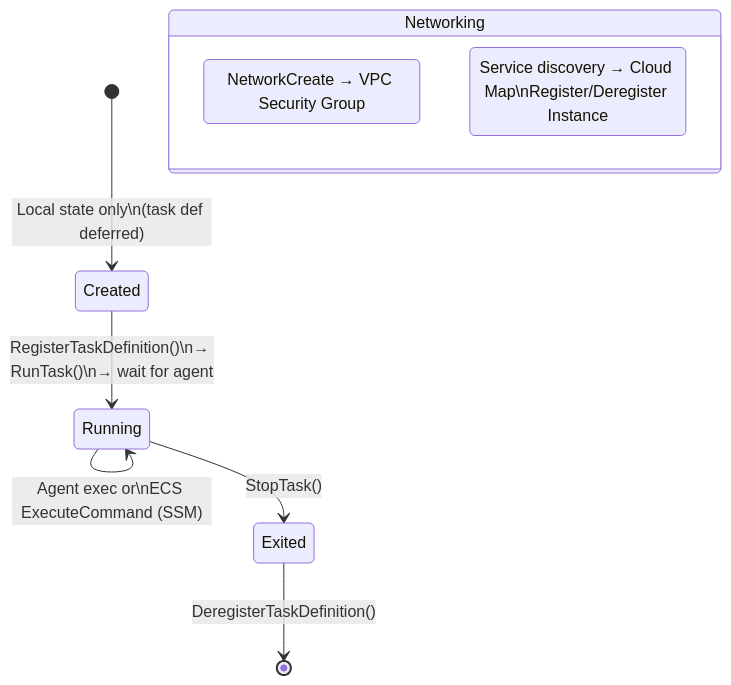
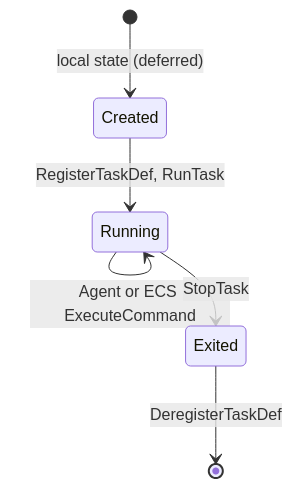
Before and after one commit to e6qu/sockerless: the sixth of 19 diagrams in ARCHITECTURE.md, drawn with Mermaid. The commit also changed other lines of this file, not shown here.

First line of the commit message:
Fix malformed mermaid state diagrams in ARCHITECTURE.md

````diff
--- a/ARCHITECTURE.md
+++ b/ARCHITECTURE.md
@@ -161,13 +161,8 @@
 ```mermaid
 stateDiagram-v2
-    [*] --> Created: Local state only\n(task def deferred)
-    Created --> Running: RegisterTaskDefinition()\n→ RunTask()\n→ wait for agent
-    Running --> Running: Agent exec or\nECS ExecuteCommand (SSM)
-    Running --> Exited: StopTask()
-    Exited --> [*]: DeregisterTaskDefinition()
-
-    state "Networking" as net {
-        CreateSecurityGroup: NetworkCreate → VPC Security Group
-        CloudMap: Service discovery → Cloud Map\nRegister/Deregister Instance
-    }
+    [*] --> Created: local state (deferred)
+    Created --> Running: RegisterTaskDef, RunTask
+    Running --> Running: Agent or ECS ExecuteCommand
+    Running --> Exited: StopTask
+    Exited --> [*]: DeregisterTaskDef
 ```
````
